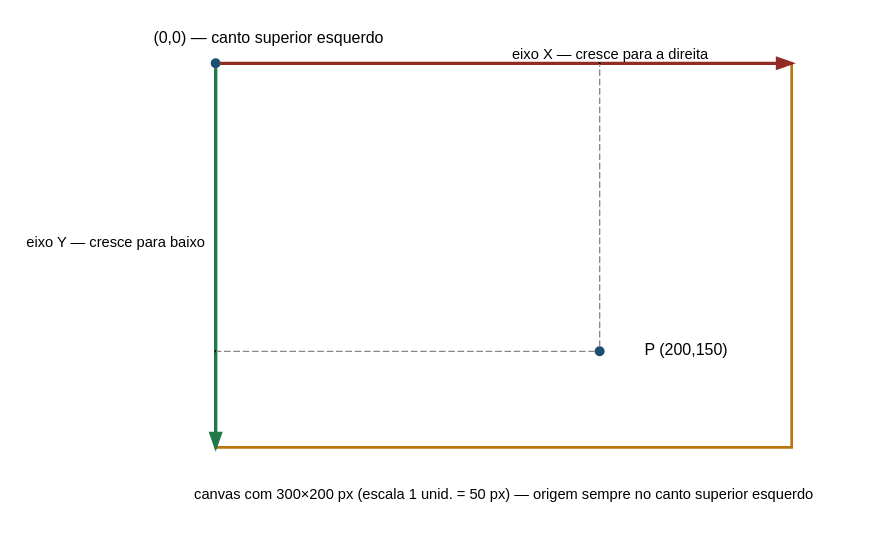
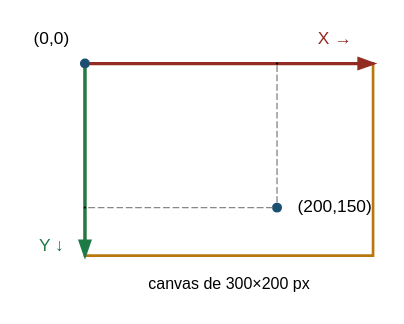
One commit to GoncaloAS/FCUP_1S_3A changed the diagram in TecnologiasWeb/figuras/apis_canvas_coords.dot. Above: the diagram before and after it, drawn with Graphviz. The commit also changed 58 other files, not shown here.

Commit message:
new architecture for token usage reduction

```diff
--- a/TecnologiasWeb/figuras/apis_canvas_coords.dot
+++ b/TecnologiasWeb/figuras/apis_canvas_coords.dot
@@ -1,33 +1,28 @@
 digraph CanvasCoords {
   layout=neato;
   fontname="Helvetica";
   node [fontname="Helvetica"];
-  edge [fontname="Helvetica", fontsize=11];
+  edge [fontname="Helvetica", fontsize=12];
 
-  canvas [shape=box, pos="3,2!", width=6.0, height=4.0, fixedsize=true,
+  canvas [shape=box, pos="1.5,1!", width=3.0, height=2.0, fixedsize=true,
           label="", color="#B9770E", penwidth=2];
 
-  origem [shape=point, width=0.09, pos="0,4!", color="#1B4F72"];
-  origemLbl [shape=plaintext, pos="0.55,4.25!", fontsize=12,
-             label="(0,0) — canto superior esquerdo"];
+  origem [shape=point, width=0.09, pos="0,2!", color="#1B4F72"];
+  origemLbl [shape=plaintext, pos="-0.35,2.25!", fontsize=13, label="(0,0)"];
 
-  xend [shape=point, width=0.01, pos="6,4!"];
+  xend [shape=point, width=0.01, pos="3,2!"];
   yend [shape=point, width=0.01, pos="0,0!"];
+  origem -> xend [color="#922B21", penwidth=2.5];
+  origem -> yend [color="#1E7A46", penwidth=2.5];
+  xLbl [shape=plaintext, pos="2.6,2.25!", fontsize=13, label="X →", fontcolor="#922B21"];
+  yLbl [shape=plaintext, pos="-0.35,0.1!", fontsize=13, label="Y ↓", fontcolor="#1E7A46"];
 
-  origem -> xend [color="#922B21", penwidth=2.5,
-    label="eixo X — cresce para a direita"];
-  origem -> yend [color="#1E7A46", penwidth=2.5,
-    label="eixo Y — cresce para baixo"];
-
-  ponto [shape=point, width=0.09, pos="4,1!", color="#1B4F72"];
-  pontoLbl [shape=plaintext, pos="4.9,1!", fontsize=12,
-            label="P (200,150)"];
-
-  guiaX [shape=point, width=0.01, pos="4,4!"];
-  guiaY [shape=point, width=0.01, pos="0,1!"];
+  ponto [shape=point, width=0.09, pos="2,0.5!", color="#1B4F72"];
+  pontoLbl [shape=plaintext, pos="2.6,0.5!", fontsize=13, label="(200,150)"];
+  guiaX [shape=point, width=0.01, pos="2,2!"];
+  guiaY [shape=point, width=0.01, pos="0,0.5!"];
   ponto -> guiaX [dir=none, style=dashed, color="#888888"];
   ponto -> guiaY [dir=none, style=dashed, color="#888888"];
 
-  legenda [shape=plaintext, pos="3,-0.5!", fontsize=11,
-    label="canvas com 300×200 px (escala 1 unid. = 50 px) — origem sempre no canto superior esquerdo"];
+  legenda [shape=plaintext, pos="1.5,-0.3!", fontsize=12, label="canvas de 300×200 px"];
 }
```
